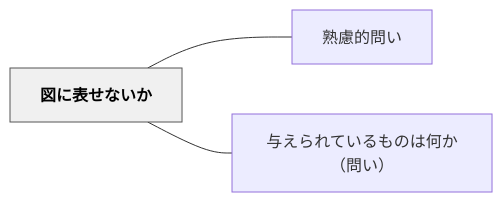
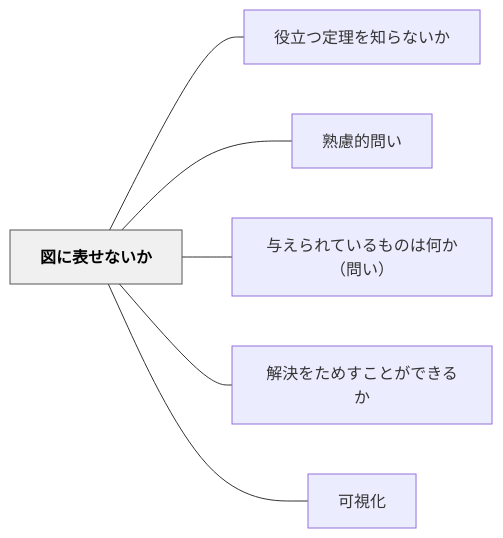
One commit to unknownthings-ed-patterns/unknownthings-ed-patterns changed the diagram in content/パタン/図に表せないか.md. Above: the diagram before and after it, drawn with Mermaid. The commit also changed other lines of this file and 47 other files, not shown here.

````diff
--- a/content/パタン/図に表せないか.md
+++ b/content/パタン/図に表せないか.md
@@ -40,12 +43,18 @@
 ```mermaid
 flowchart LR
     ne59bb3e381ab["図に表せないか"]
+    ne5bdb9e7ab8b["役立つ定理を知らないか"]
     ne7869fe685ae["熟慮的問い"]
     ne4b88ee38188["与えられているものは何か（問い）"]
+    ne8a7a3e6b1ba["解決をためすことができるか"]
+    ne58fafe8a696["可視化"]
 
+    ne59bb3e381ab --- ne5bdb9e7ab8b
     ne59bb3e381ab --- ne7869fe685ae
     ne59bb3e381ab --- ne4b88ee38188
+    ne59bb3e381ab --- ne8a7a3e6b1ba
+    ne59bb3e381ab --- ne58fafe8a696
 
     classDef hub fill:#f0f0f0,stroke:#555,color:#000,font-weight:bold
     class ne59bb3e381ab hub
 ```
````
